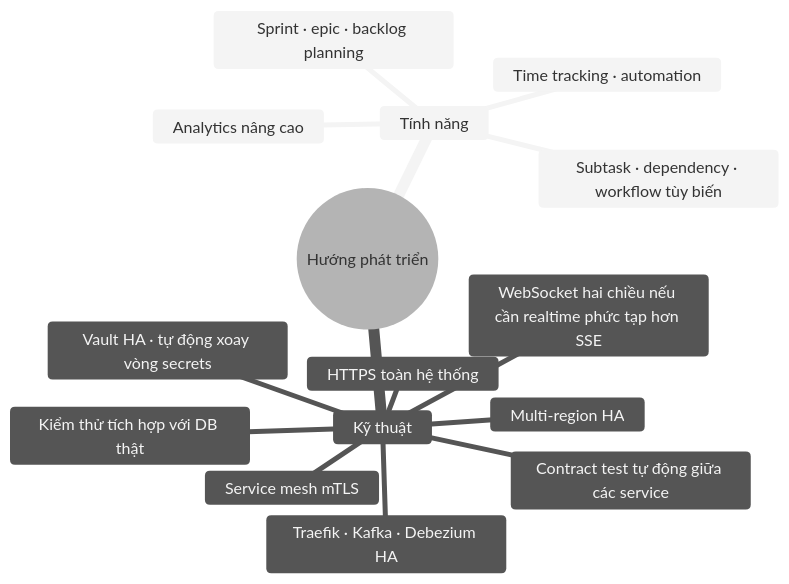
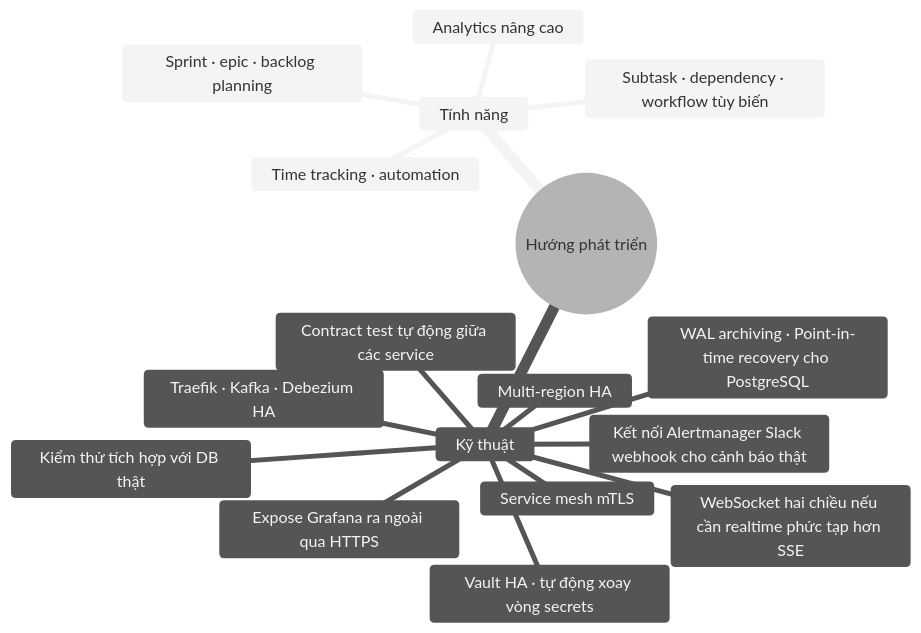
One commit to lengocanh2005it/collabspace changed diagram 43 of 43 in docs/presentation-outline.md. Above: the diagram before and after it, drawn with Mermaid (neutral theme). The commit also changed other lines of this file, not shown here.

Commit message:
docs(presentation): update slide 10, 9, 16 to reflect actual prod state
- Remove stale claim about exporters not connected (postgres/mongo/redis/kafka all enabled)
- Add Jaeger UI HTTPS URL to Slide 10 (confirmed running 44h on prod)
- Fix Slide 16 future work: clarify Grafana HTTPS, add Alertmanager Slack webhook and WAL archiving items

````diff
--- a/docs/presentation-outline.md
+++ b/docs/presentation-outline.md
@@ -1732,18 +1731,20 @@
 ```mermaid
 mindmap
   root((Hướng phát triển))
     Tính năng
       Subtask · dependency · workflow tùy biến
       Sprint · epic · backlog planning
       Time tracking · automation
       Analytics nâng cao
     Kỹ thuật
       Vault HA · tự động xoay vòng secrets
-      HTTPS toàn hệ thống
+      Expose Grafana ra ngoài qua HTTPS
+      Kết nối Alertmanager Slack webhook cho cảnh báo thật
+      WAL archiving · Point-in-time recovery cho PostgreSQL
       Contract test tự động giữa các service
       Kiểm thử tích hợp với DB thật
       Service mesh mTLS
       Multi-region HA
       WebSocket hai chiều nếu cần realtime phức tạp hơn SSE
       Traefik · Kafka · Debezium HA
 ```
````
